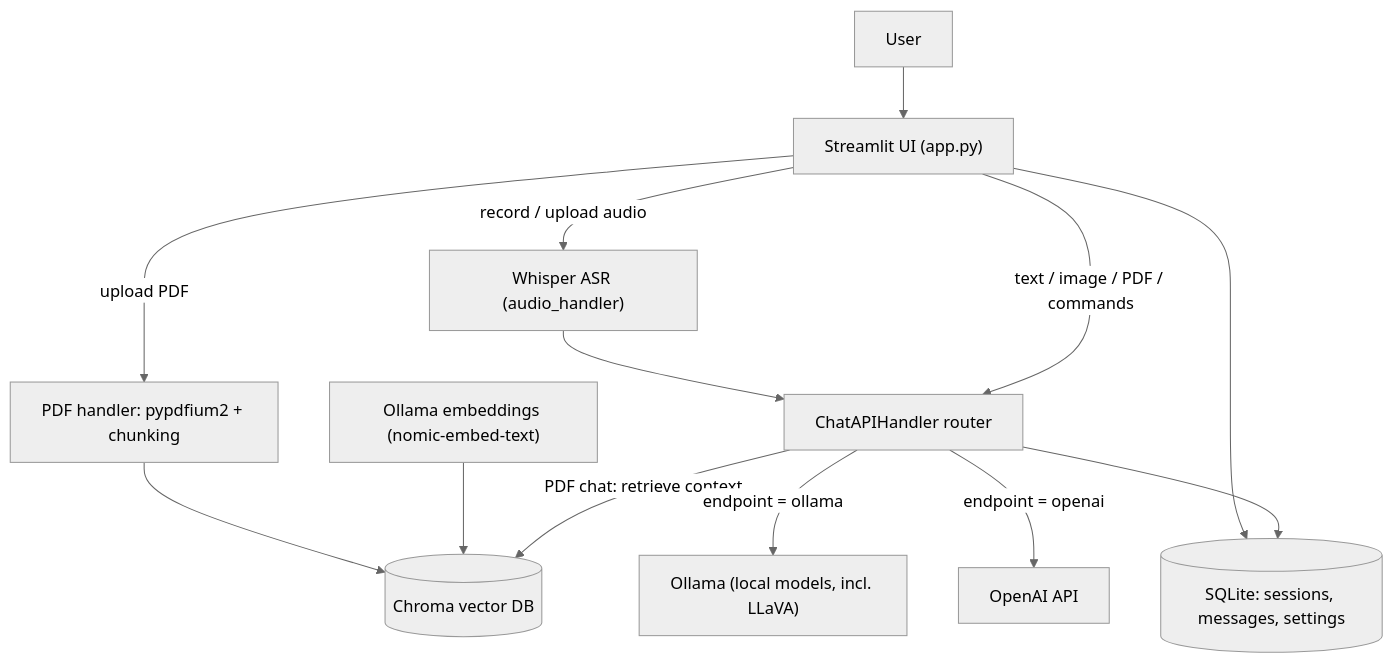
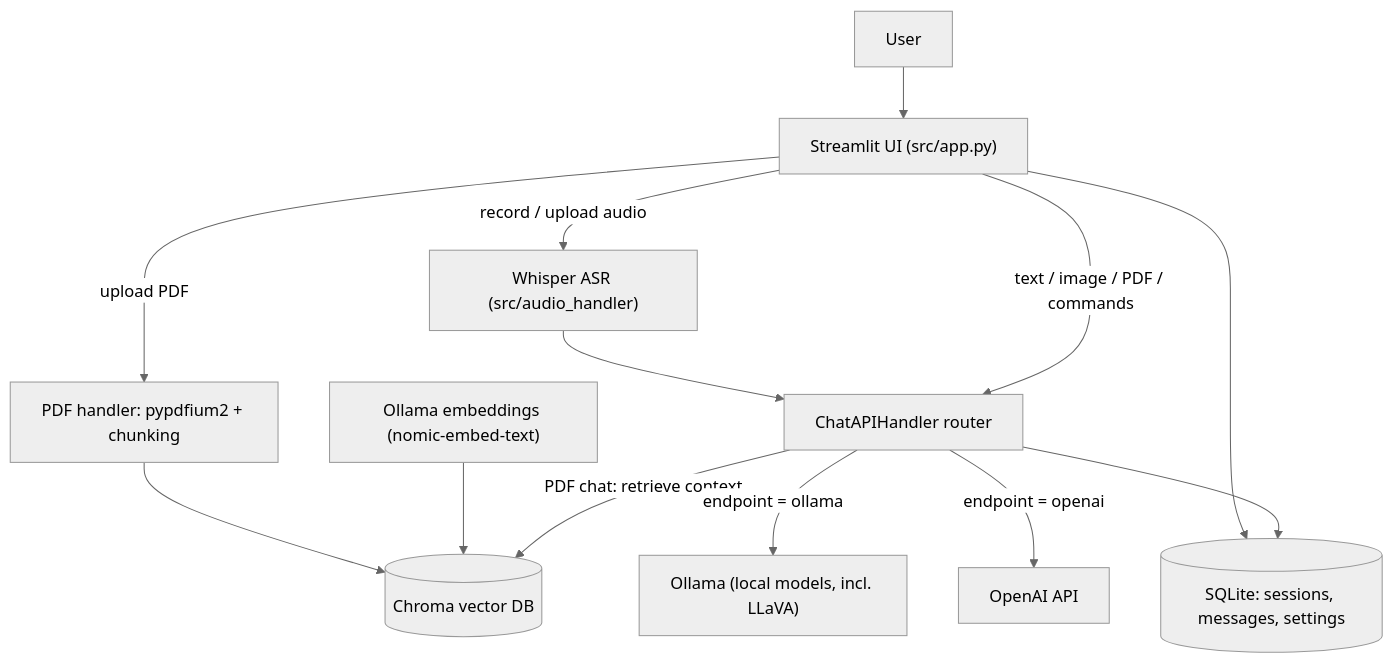
One commit to Leon-Sander/local_multimodal_ai_chat changed the diagram in README.md. Above: the diagram before and after it, drawn with Mermaid (neutral theme). The commit also changed other lines of this file and 12 other files, not shown here.

````diff
--- a/README.md
+++ b/README.md
@@ -35,15 +35,15 @@
 ```mermaid
 flowchart TD
-    U["User"] --> UI["Streamlit UI (app.py)"]
-    UI -->|"record / upload audio"| W["Whisper ASR (audio_handler)"]
+    U["User"] --> UI["Streamlit UI (src/app.py)"]
+    UI -->|"record / upload audio"| W["Whisper ASR (src/audio_handler)"]
     W --> R["ChatAPIHandler router"]
     UI -->|"text / image / PDF / commands"| R
     UI -->|"upload PDF"| P["PDF handler: pypdfium2 + chunking"]
     P --> VDB[("Chroma vector DB")]
     EMB["Ollama embeddings (nomic-embed-text)"] --> VDB
     R -->|"PDF chat: retrieve context"| VDB
     R -->|"endpoint = ollama"| OL["Ollama (local models, incl. LLaVA)"]
     R -->|"endpoint = openai"| OA["OpenAI API"]
     UI --> DB[("SQLite: sessions, messages, settings")]
     R --> DB
 ```
````
